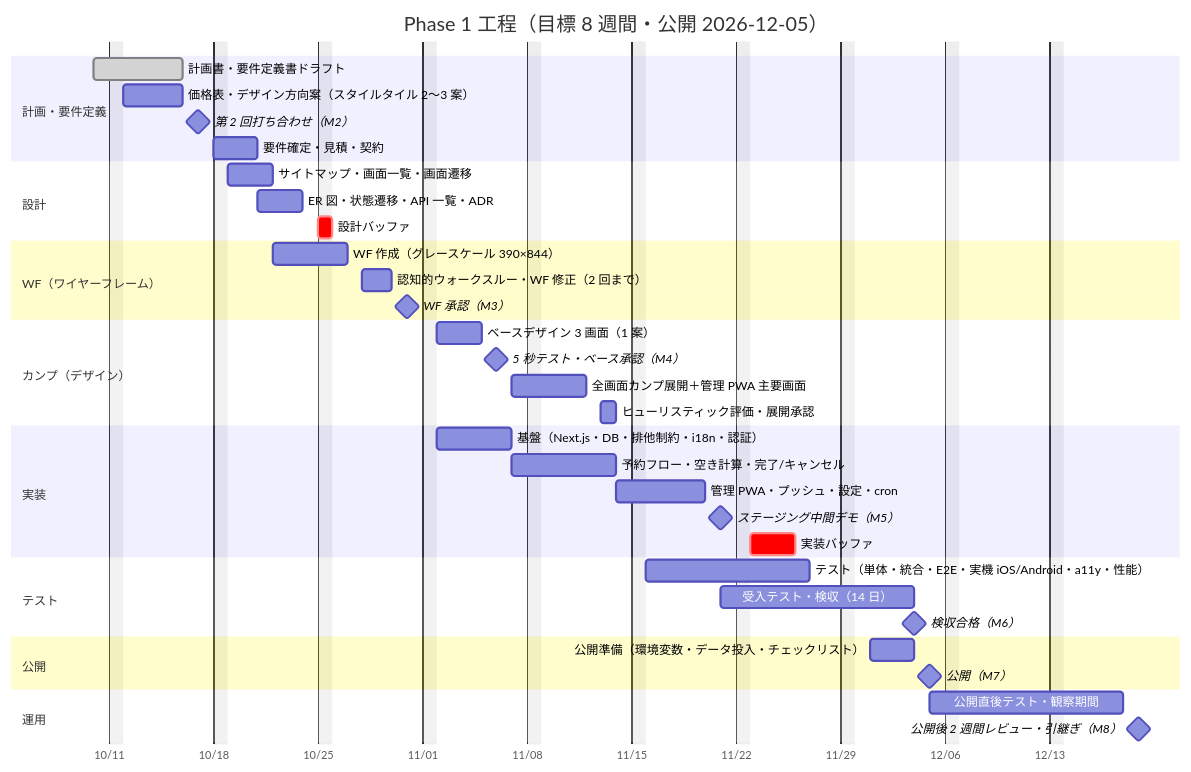
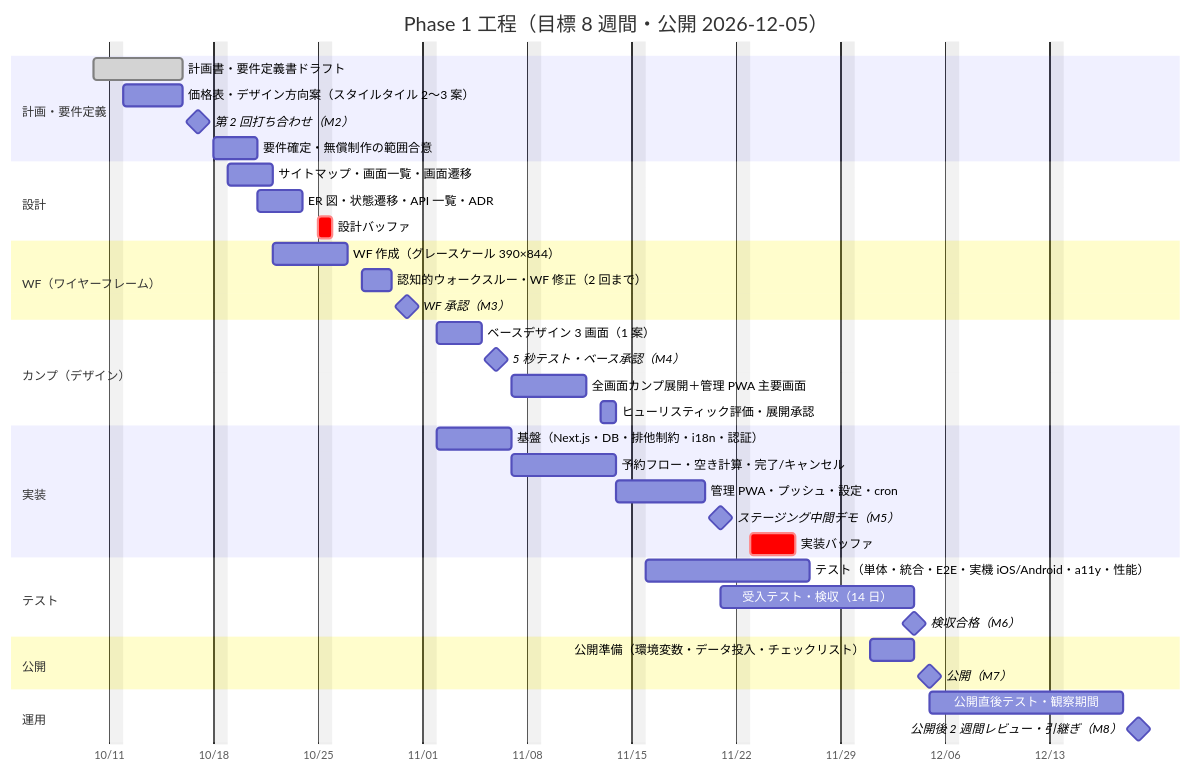
One commit to kaz-ma/barber-booking changed the second of 2 diagrams in docs/01_plan/project_plan.md. Above: the diagram before and after it, drawn with Mermaid. The commit also changed other lines of this file and 3 other files, not shown here.

````diff
--- a/docs/01_plan/project_plan.md
+++ b/docs/01_plan/project_plan.md
@@ -184,49 +185,49 @@
 ```mermaid
 gantt
   title Phase 1 工程（目標 8 週間・公開 2026-12-05）
   dateFormat YYYY-MM-DD
   axisFormat %m/%d
   excludes sunday
 
   section 計画・要件定義
   計画書・要件定義書ドラフト          :done, p1, 2026-10-10, 2026-10-16
   価格表・デザイン方向案（スタイルタイル 2〜3 案） :p2, 2026-10-12, 2026-10-16
   第 2 回打ち合わせ（M2）            :milestone, m2, 2026-10-17, 0d
-  要件確定・見積・契約               :p3, 2026-10-18, 2026-10-21
+  要件確定・無償制作の範囲合意       :p3, 2026-10-18, 2026-10-21
 
   section 設計
   サイトマップ・画面一覧・画面遷移    :d1, 2026-10-19, 2026-10-22
   ER 図・状態遷移・API 一覧・ADR      :d2, 2026-10-21, 2026-10-24
   設計バッファ                        :crit, d3, 2026-10-25, 2026-10-26
 
   section WF（ワイヤーフレーム）
   WF 作成（グレースケール 390×844）   :w1, 2026-10-22, 2026-10-27
   認知的ウォークスルー・WF 修正（2 回まで） :w2, 2026-10-28, 2026-10-30
   WF 承認（M3）                       :milestone, m3, 2026-10-31, 0d
 
   section カンプ（デザイン）
   ベースデザイン 3 画面（1 案）       :c1, 2026-11-02, 2026-11-05
   5 秒テスト・ベース承認（M4）        :milestone, m4, 2026-11-06, 0d
   全画面カンプ展開＋管理 PWA 主要画面 :c2, 2026-11-07, 2026-11-12
   ヒューリスティック評価・展開承認    :c3, 2026-11-13, 2026-11-14
 
   section 実装
   基盤（Next.js・DB・排他制約・i18n・認証） :i1, 2026-11-02, 2026-11-07
   予約フロー・空き計算・完了/キャンセル    :i2, 2026-11-07, 2026-11-14
   管理 PWA・プッシュ・設定・cron           :i3, 2026-11-14, 2026-11-20
   ステージング中間デモ（M5）               :milestone, m5, 2026-11-21, 0d
   実装バッファ                              :crit, i4, 2026-11-23, 2026-11-26
 
   section テスト
   テスト（単体・統合・E2E・実機 iOS/Android・a11y・性能） :t1, 2026-11-16, 2026-11-27
   受入テスト・検収（14 日）                 :t2, 2026-11-21, 2026-12-04
   検収合格（M6）                            :milestone, m6, 2026-12-04, 0d
 
   section 公開
   公開準備（環境変数・データ投入・チェックリスト） :r1, 2026-12-01, 2026-12-04
   公開（M7）                                :milestone, m7, 2026-12-05, 0d
 
   section 運用
   公開直後テスト・観察期間                  :o1, 2026-12-05, 2026-12-18
   公開後 2 週間レビュー・引継ぎ（M8）       :milestone, m8, 2026-12-19, 0d
 ```
````
